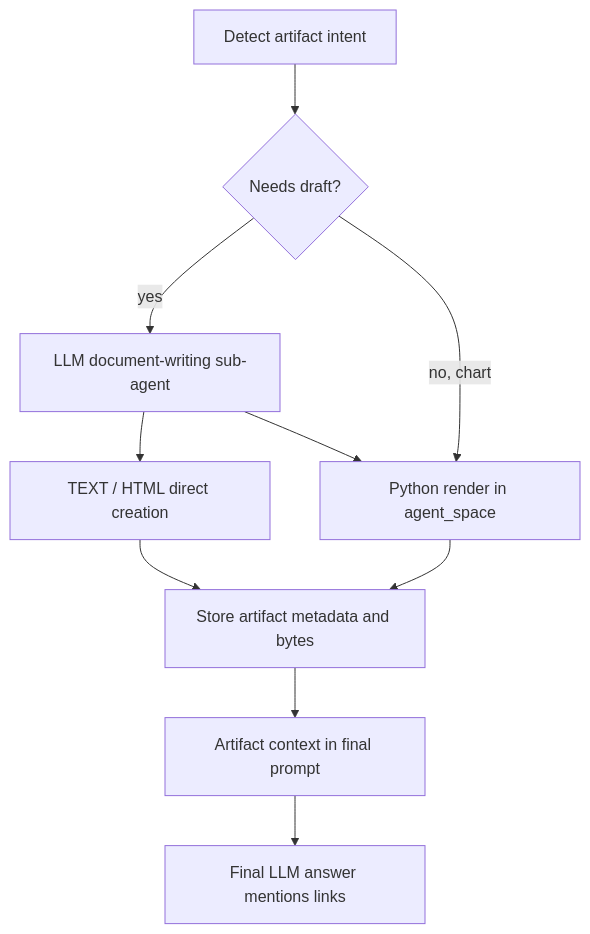
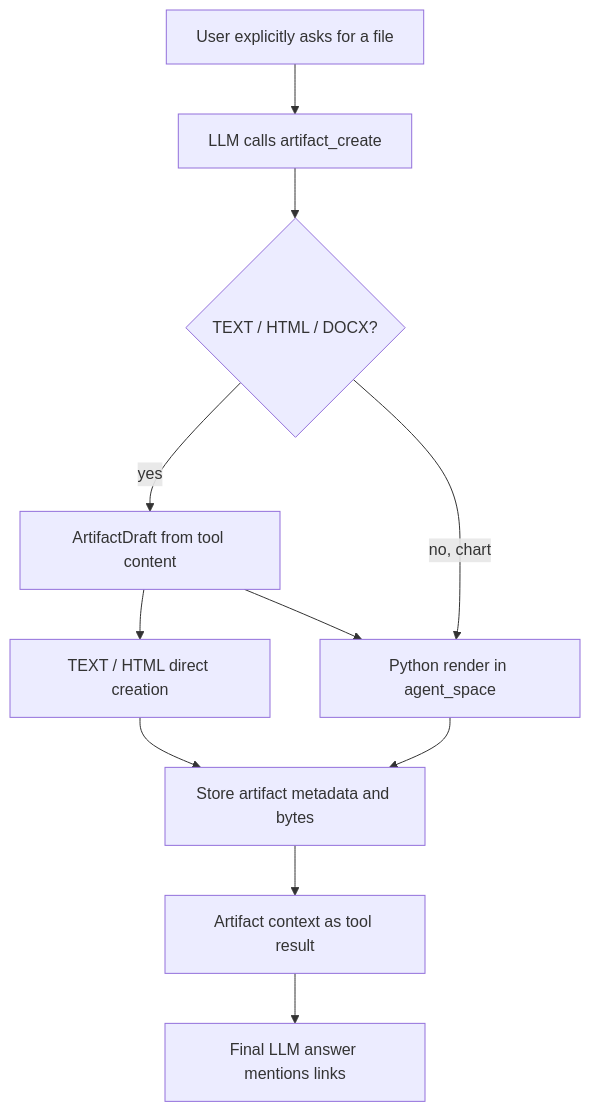
Before and after one commit to ErikGajiumarovi/gtu_ai_assistant: diagram 11 of 11 in DIPLOMA_DESCRIPTION.md, drawn with Mermaid. The commit also changed other lines of this file and 7 other files, not shown here.

````diff
--- a/DIPLOMA_DESCRIPTION.md
+++ b/DIPLOMA_DESCRIPTION.md
@@ -944,21 +1000,23 @@
 ```mermaid
 flowchart TB
-    Detect["Detect artifact intent"]
-    NeedsDraft{"Needs draft?"}
-    Draft["LLM document-writing sub-agent"]
+    UserIntent["User explicitly asks for a file"]
+    ToolCall["LLM calls artifact_create"]
+    NeedsDraft{"TEXT / HTML / DOCX?"}
+    Draft["ArtifactDraft from tool content"]
     TextHtml["TEXT / HTML direct creation"]
     Python["Python render in agent_space"]
     Store["Store artifact metadata and bytes"]
-    Context["Artifact context in final prompt"]
+    Context["Artifact context as tool result"]
     FinalAnswer["Final LLM answer mentions links"]
 
-    Detect --> NeedsDraft
+    UserIntent --> ToolCall
+    ToolCall --> NeedsDraft
     NeedsDraft -->|yes| Draft
     NeedsDraft -->|no, chart| Python
     Draft --> TextHtml
     Draft --> Python
     TextHtml --> Store
     Python --> Store
     Store --> Context
     Context --> FinalAnswer
 ```
````
